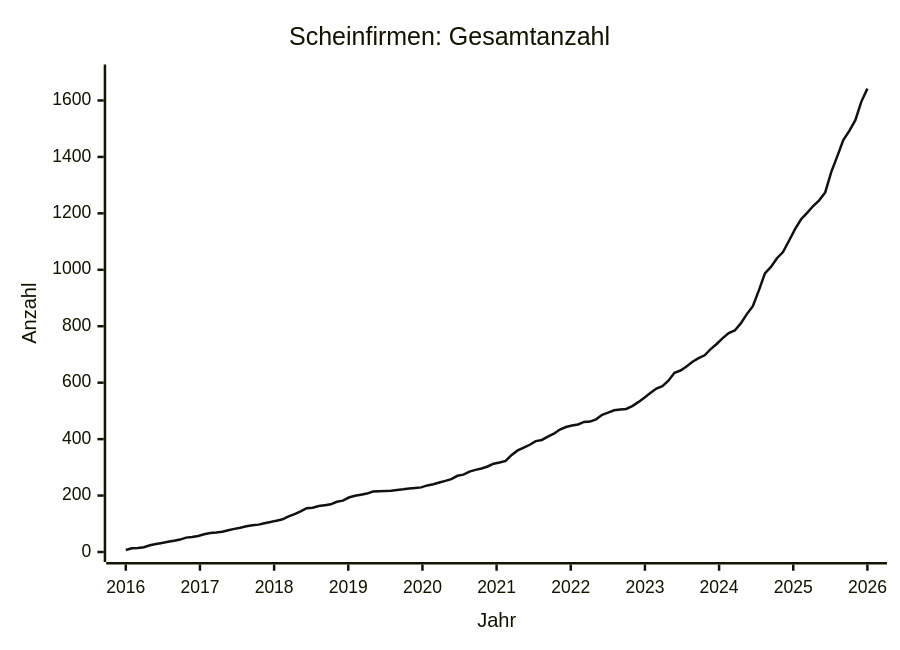
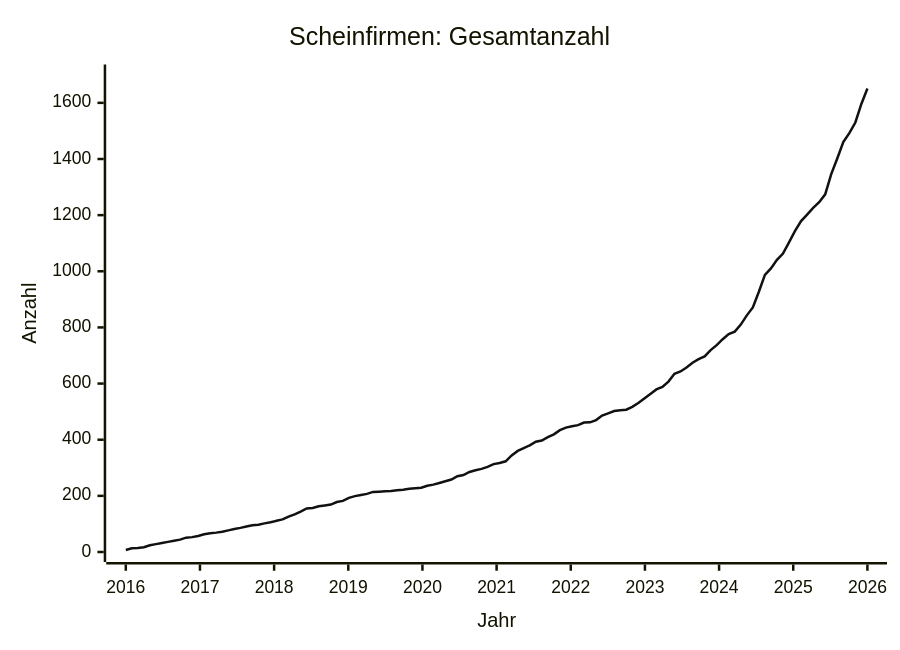
One commit to arjoma/scheinfirmen-at changed the diagram in data/STATS.md. Above: the diagram before and after it, drawn with Mermaid. The commit also changed other lines of this file and 3 other files, not shown here.

````diff
--- a/data/STATS.md
+++ b/data/STATS.md
@@ -9,13 +9,13 @@
 ```mermaid
 ---
 config:
   themeVariables:
     xyChart:
       plotColorPalette: "#111111"
 ---
 xychart-beta
     title "Scheinfirmen: Gesamtanzahl"
     x-axis "Jahr" 2016 --> 2026
-    y-axis "Anzahl" 0 --> 1692
-    line [7, 13, 14, 17, 24, 28, 32, 36, 40, 44, 51, 53, 57, 63, 67, 69, 72, 77, 82, 86, 91, 95, 97, 102, 106, 111, 116, 126, 134, 144, 155, 157, 163, 166, 169, 178, 182, 193, 199, 203, 207, 214, 215, 216, 217, 220, 222, 225, 227, 229, 236, 240, 246, 252, 258, 270, 274, 285, 291, 296, 303, 313, 317, 323, 344, 360, 370, 380, 393, 397, 409, 419, 434, 443, 448, 452, 461, 462, 470, 486, 494, 502, 505, 507, 517, 531, 547, 563, 579, 588, 607, 635, 643, 657, 674, 687, 697, 719, 737, 758, 776, 785, 810, 843, 871, 927, 987, 1010, 1041, 1063, 1103, 1144, 1179, 1202, 1226, 1246, 1274, 1346, 1402, 1460, 1492, 1530, 1596, 1642]
+    y-axis "Anzahl" 0 --> 1701
+    line [7, 13, 14, 17, 24, 28, 32, 36, 40, 44, 51, 53, 57, 63, 67, 69, 72, 77, 82, 86, 91, 95, 97, 102, 106, 111, 116, 126, 134, 144, 155, 157, 163, 166, 169, 178, 182, 193, 199, 203, 207, 214, 215, 216, 217, 220, 222, 225, 227, 229, 236, 240, 246, 252, 258, 270, 274, 285, 291, 296, 303, 313, 317, 323, 344, 360, 370, 380, 393, 397, 409, 419, 434, 443, 448, 452, 461, 462, 470, 486, 494, 502, 505, 507, 517, 531, 547, 563, 579, 588, 607, 635, 643, 657, 674, 687, 697, 719, 737, 758, 776, 785, 810, 843, 871, 927, 987, 1010, 1041, 1063, 1103, 1144, 1179, 1202, 1226, 1246, 1274, 1346, 1402, 1460, 1492, 1530, 1596, 1651]
 ```
````
